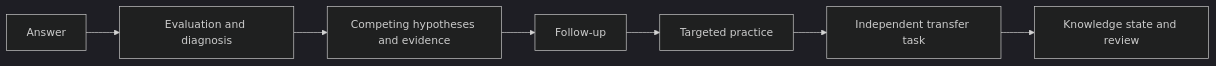
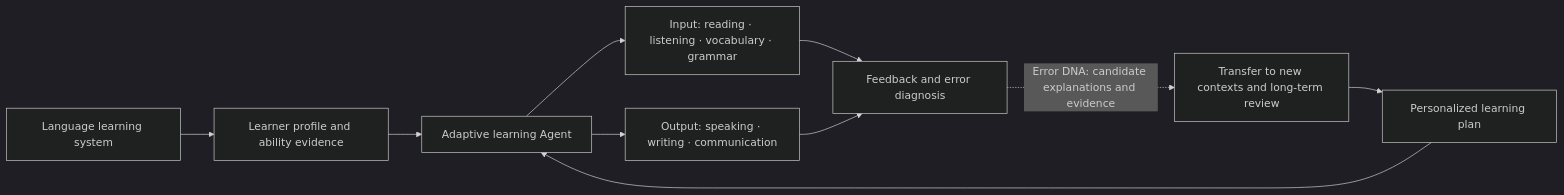
One commit to KaoruMiyagawa/UnlearnLoop changed the first of 2 diagrams in README_EN.md. Above: the diagram before and after it, drawn with Mermaid (dark theme). The commit also changed other lines of this file, not shown here.

````diff
--- a/README_EN.md
+++ b/README_EN.md
@@ -24,9 +19,12 @@
 ```mermaid
 flowchart LR
-    A[Answer] --> B[Evaluation and diagnosis]
-    B --> C[Competing hypotheses and evidence]
-    C --> D[Follow-up]
-    D --> E[Targeted practice]
-    E --> F[Independent transfer task]
-    F --> G[Knowledge state and review]
+    L[Language learning system] --> P[Learner profile and ability evidence]
+    P --> A[Adaptive learning Agent]
+    A --> I[Input: reading · listening · vocabulary · grammar]
+    A --> O[Output: speaking · writing · communication]
+    I --> F[Feedback and error diagnosis]
+    O --> F
+    F -. Error DNA: candidate explanations and evidence .-> T[Transfer to new contexts and long-term review]
+    T --> N[Personalized learning plan]
+    N --> A
 ```
````
